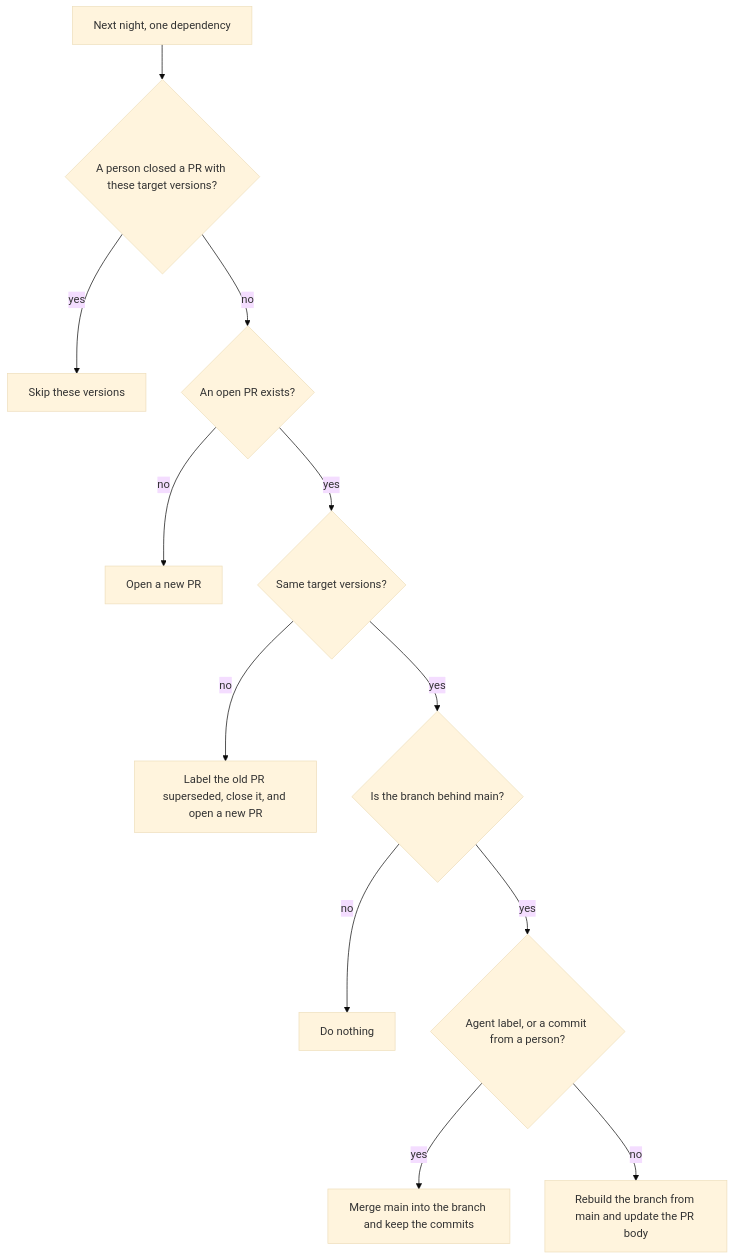
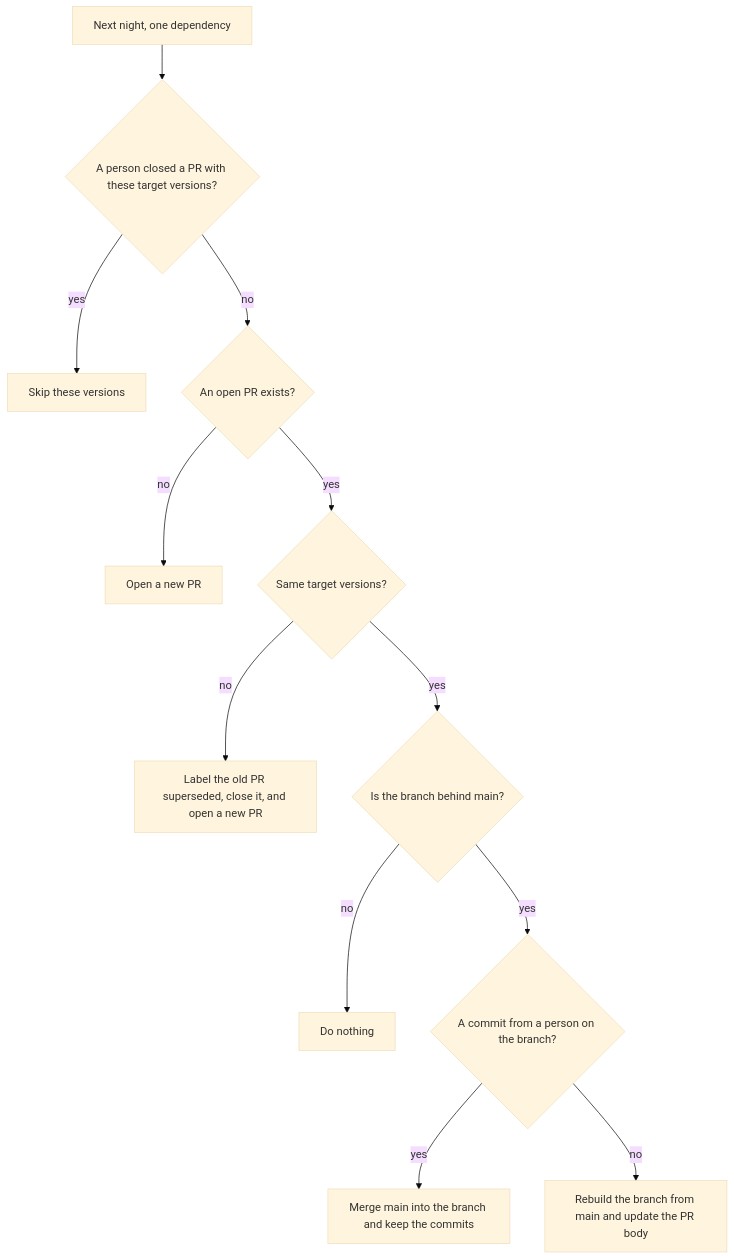
One commit to Unique-AG/connectors changed the second of 2 diagrams in docs/security/dependencies.md. Above: the diagram before and after it, drawn with Mermaid (base theme). The commit also changed other lines of this file and 4 other files, not shown here.

````diff
--- a/docs/security/dependencies.md
+++ b/docs/security/dependencies.md
@@ -100,14 +55,14 @@
 ```mermaid
 flowchart TD
   night[Next night, one dependency] --> closed{"A person closed a PR with these target versions?"}
   closed -->|yes| skip[Skip these versions]
   closed -->|no| open{An open PR exists?}
   open -->|no| create[Open a new PR]
   open -->|yes| same{Same target versions?}
   same -->|no| replace[Label the old PR superseded, close it, and open a new PR]
   same -->|yes| behind{Is the branch behind main?}
   behind -->|no| keep[Do nothing]
-  behind -->|yes| touched{"Agent label, or a commit from a person?"}
+  behind -->|yes| touched{"A commit from a person on the branch?"}
   touched -->|yes| merge[Merge main into the branch and keep the commits]
   touched -->|no| rebuild[Rebuild the branch from main and update the PR body]
 ```
````
